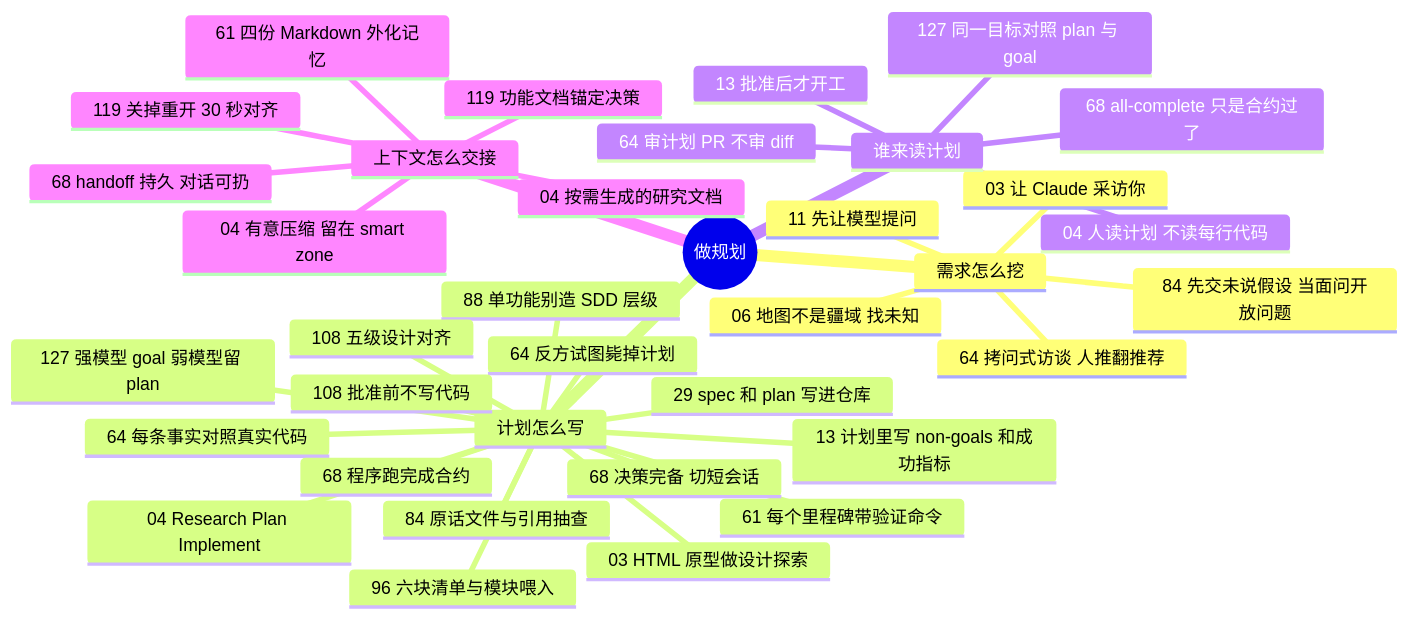
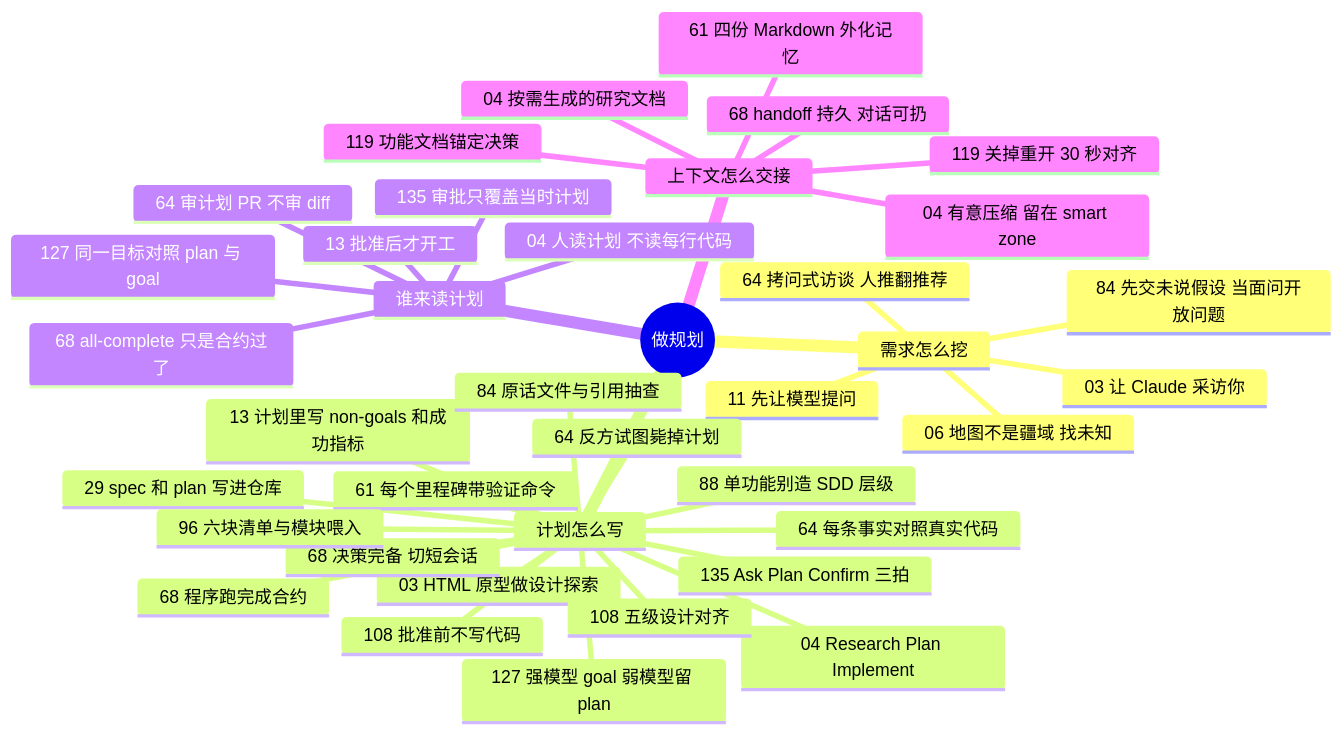
Before and after one commit to yzw7489757/ai-coding-videos: the diagram in docs/guide/planning.md, drawn with Mermaid. The commit also changed other lines of this file and 17 other files, not shown here.

````diff
--- a/docs/guide/planning.md
+++ b/docs/guide/planning.md
@@ -13,39 +13,41 @@
 ```mermaid
 mindmap
   root((做规划))
     需求怎么挖
       03 让 Claude 采访你
       06 地图不是疆域 找未知
       11 先让模型提问
       64 拷问式访谈 人推翻推荐
       84 先交未说假设 当面问开放问题
     计划怎么写
       127 强模型 goal 弱模型留 plan
       04 Research Plan Implement
       13 计划里写 non-goals 和成功指标
       03 HTML 原型做设计探索
       29 spec 和 plan 写进仓库
       61 每个里程碑带验证命令
       64 每条事实对照真实代码
       64 反方试图毙掉计划
       68 决策完备 切短会话
       68 程序跑完成合约
+      135 Ask Plan Confirm 三拍
       84 原话文件与引用抽查
       88 单功能别造 SDD 层级
       96 六块清单与模块喂入
       108 五级设计对齐
       108 批准前不写代码
     谁来读计划
       127 同一目标对照 plan 与 goal
       04 人读计划 不读每行代码
       13 批准后才开工
+      135 审批只覆盖当时计划
       64 审计划 PR 不审 diff
       68 all-complete 只是合约过了
     上下文怎么交接
       04 有意压缩 留在 smart zone
       04 按需生成的研究文档
       61 四份 Markdown 外化记忆
       68 handoff 持久 对话可扔
       119 功能文档锚定决策
       119 关掉重开 30 秒对齐
 ```
````
